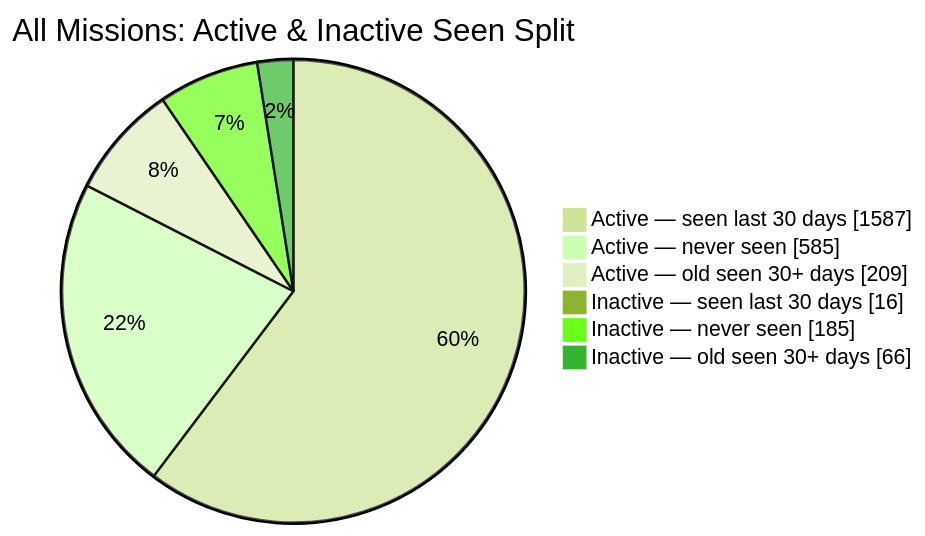
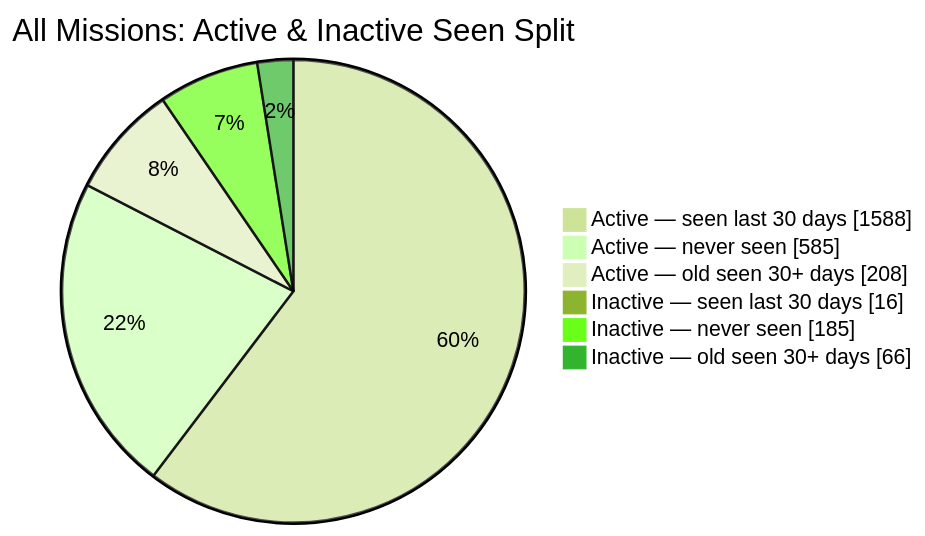
Before and after one commit to MeldkamerspelGameTeam/active-missions: the second of 2 diagrams in README.md, drawn with Mermaid (forest theme). The commit also changed other lines of this file and 4 other files, not shown here.

````diff
--- a/README.md
+++ b/README.md
@@ -44,10 +44,10 @@
 ```mermaid
 pie showData
     title All Missions: Active & Inactive Seen Split
-    "Active — seen last 30 days" : 1587
+    "Active — seen last 30 days" : 1588
     "Active — never seen" : 585
-    "Active — old seen 30+ days" : 209
+    "Active — old seen 30+ days" : 208
     "Inactive — seen last 30 days" : 16
     "Inactive — never seen" : 185
     "Inactive — old seen 30+ days" : 66
 ```
````
